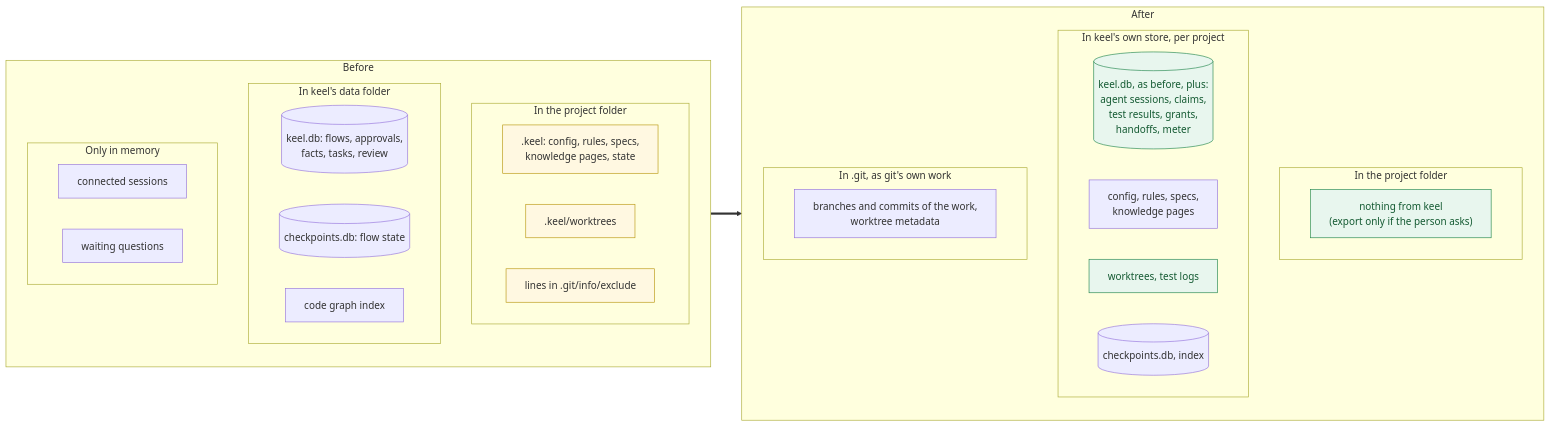
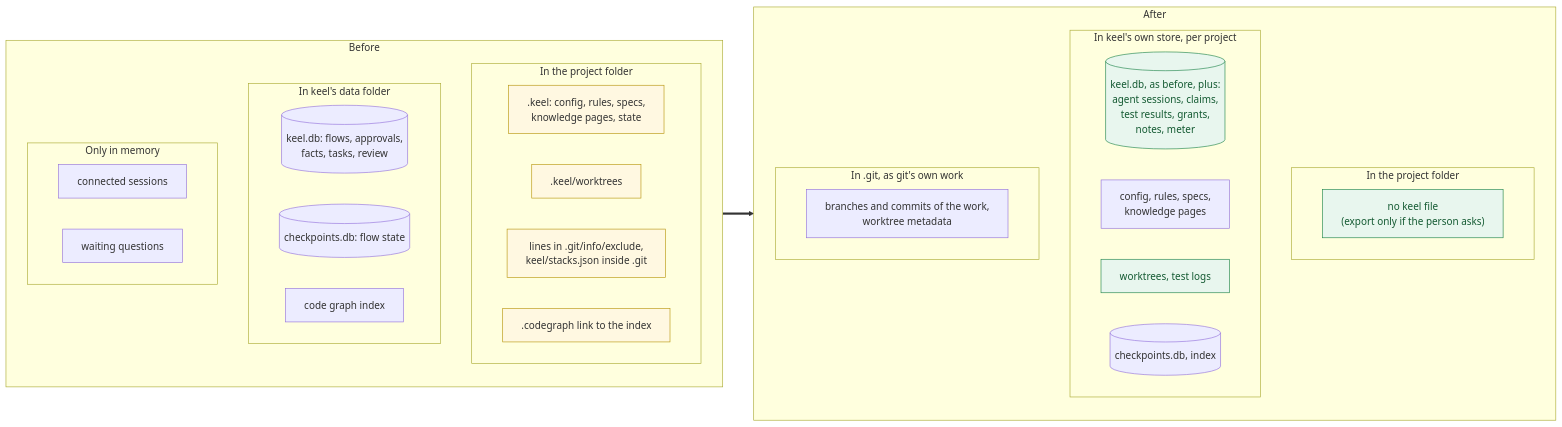
The sixth of 7 diagrams in docs/research/keel-feature-proposal.md (MiladNalbandi/keel-v2), drawn with Mermaid before and after one commit. The commit also changed other lines of this file and 13 other files, not shown here.

````diff
--- a/docs/research/keel-feature-proposal.md
+++ b/docs/research/keel-feature-proposal.md
@@ -712,44 +815,45 @@
 ```mermaid
 %%{init: {"flowchart": {"wrappingWidth": 320}}}%%
 flowchart LR
   subgraph BEFORE["Before"]
     direction TB
     subgraph BP["In the project folder"]
       B1[".keel: config, rules, specs,<br/>knowledge pages, state"]
       B2[".keel/worktrees"]
-      B3["lines in .git/info/exclude"]
+      B3["lines in .git/info/exclude,<br/>keel/stacks.json inside .git"]
+      B9[".codegraph link to the index"]
     end
     subgraph BK["In keel's data folder"]
       B4[("keel.db: flows, approvals,<br/>facts, tasks, review")]
       B5[("checkpoints.db: flow state")]
       B6["code graph index"]
     end
     subgraph BM["Only in memory"]
       B7["connected sessions"]
       B8["waiting questions"]
     end
   end
 
   subgraph AFTER["After"]
     direction TB
     subgraph AP["In the project folder"]
-      A0["nothing from keel<br/>(export only if the person asks)"]
+      A0["no keel file<br/>(export only if the person asks)"]
     end
     subgraph AK["In keel's own store, per project"]
-      A1[("keel.db, as before, plus:<br/>agent sessions, claims,<br/>test results, grants,<br/>handoffs, meter")]
+      A1[("keel.db, as before, plus:<br/>agent sessions, claims,<br/>test results, grants,<br/>notes, meter")]
       A2["config, rules, specs,<br/>knowledge pages"]
       A3["worktrees, test logs"]
       A4[("checkpoints.db, index")]
     end
     subgraph AG["In .git, as git's own work"]
       A5["branches and commits of the work,<br/>worktree metadata"]
     end
   end
 
   BEFORE ==> AFTER
 
   classDef project fill:#fff8e1,stroke:#b7950b
-  class B1,B2,B3 project
+  class B1,B2,B3,B9 project
   classDef new fill:#e8f6ee,stroke:#1e8449,color:#145a32
   class A0,A1,A3 new
 ```
````
